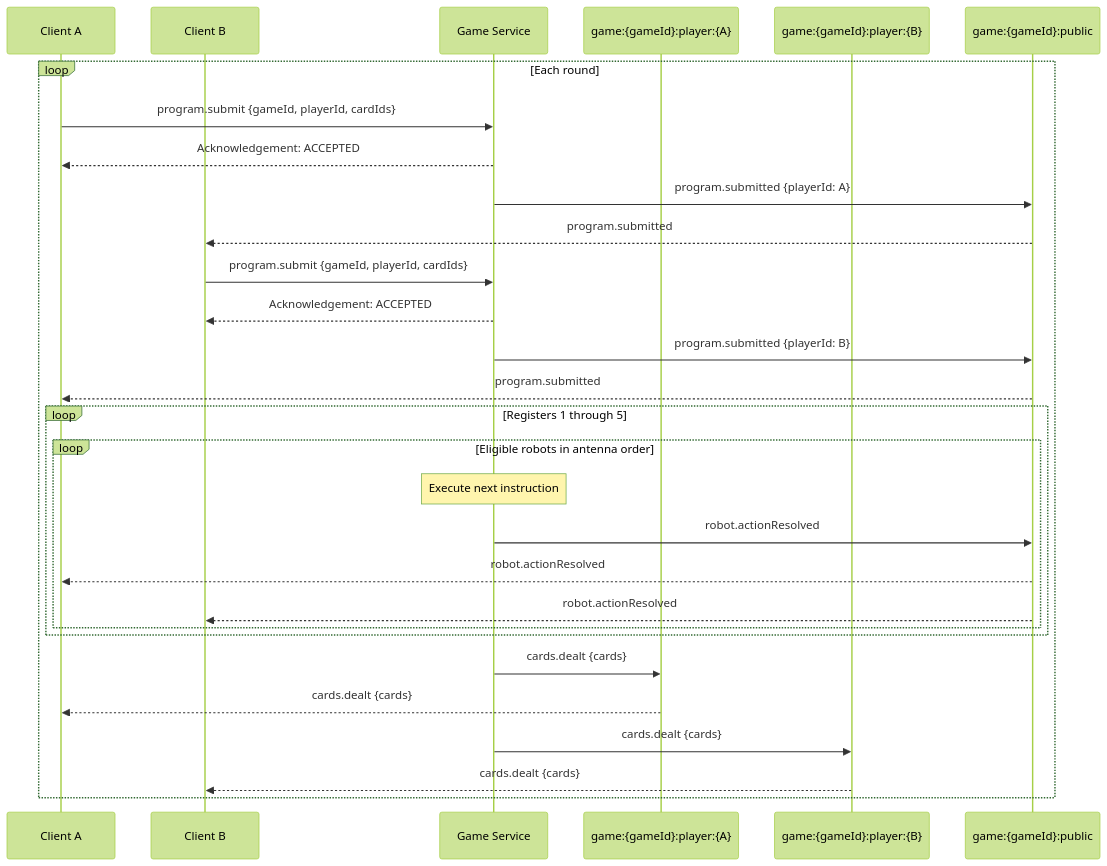
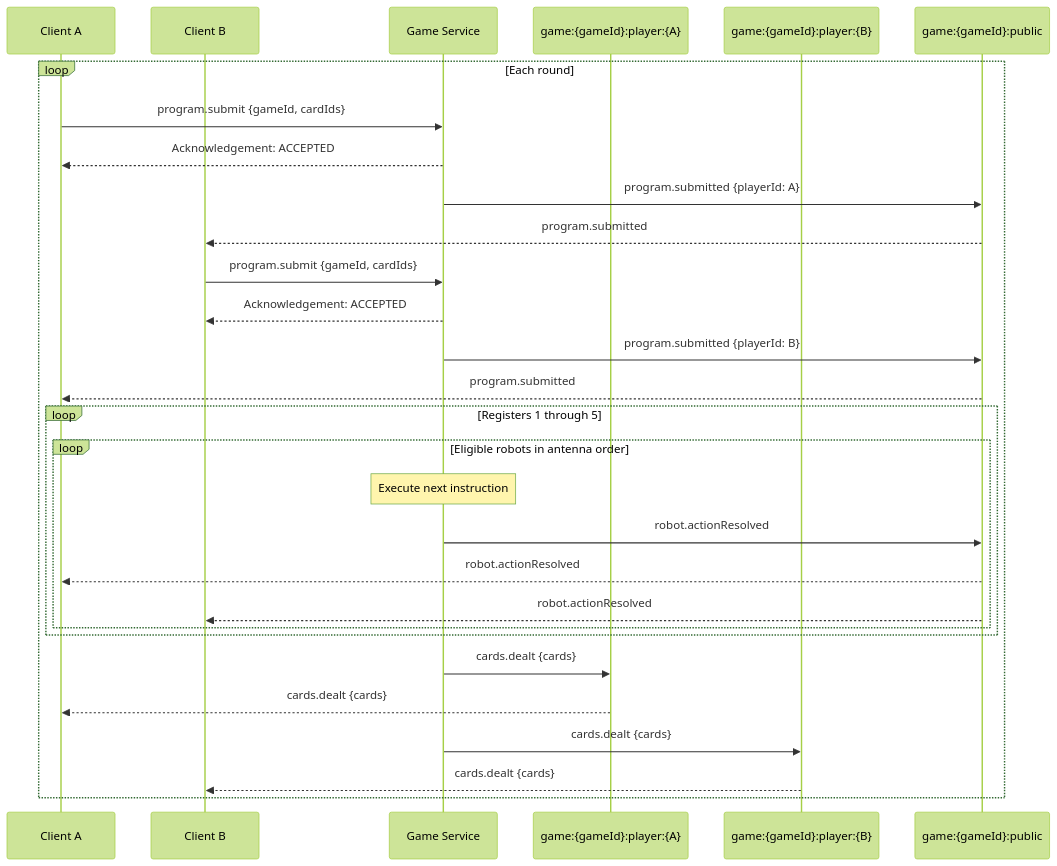
One commit to hananinas/RoboRally changed the second of 4 diagrams in docs/Communication.md. Above: the diagram before and after it, drawn with Mermaid (forest theme). The commit also changed other lines of this file, not shown here.

Commit message:
docs: document authentication flow

````diff
--- a/docs/Communication.md
+++ b/docs/Communication.md
@@ -159,34 +165,34 @@
 ```mermaid
 sequenceDiagram
     participant A as Client A
     participant B as Client B
     participant Server as Game Service
     participant PrivateA as game:{gameId}:player:{A}
     participant PrivateB as game:{gameId}:player:{B}
     participant Public as game:{gameId}:public
 
     loop Each round
-        A->>Server: program.submit {gameId, playerId, cardIds}
+        A->>Server: program.submit {gameId, cardIds}
         Server-->>A: Acknowledgement: ACCEPTED
         Server->>Public: program.submitted {playerId: A}
         Public-->>B: program.submitted
 
-        B->>Server: program.submit {gameId, playerId, cardIds}
+        B->>Server: program.submit {gameId, cardIds}
         Server-->>B: Acknowledgement: ACCEPTED
         Server->>Public: program.submitted {playerId: B}
         Public-->>A: program.submitted
         loop Registers 1 through 5
             loop Eligible robots in antenna order
                 Note over Server: Execute next instruction
                 Server->>Public: robot.actionResolved
                 Public-->>A: robot.actionResolved
                 Public-->>B: robot.actionResolved
             end
         end
 
         Server->>PrivateA: cards.dealt {cards}
         PrivateA-->>A: cards.dealt {cards}
         Server->>PrivateB: cards.dealt {cards}
         PrivateB-->>B: cards.dealt {cards}
     end
 ```
````
